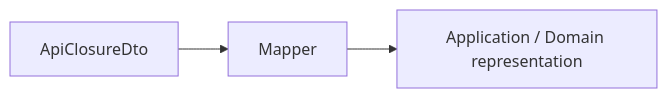
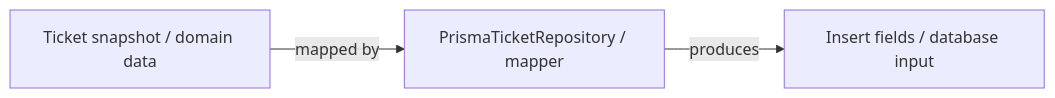
The third of 7 diagrams in onion-architecture/1-the-rings.md (AndresTaoFlorez/software-architecture), drawn with Mermaid before and after one commit. The commit also changed other lines of this file and 21 other files, not shown here.

````diff
--- a/onion-architecture/1-the-rings.md
+++ b/onion-architecture/1-the-rings.md
@@ -208,4 +156,4 @@
 ```mermaid
 flowchart LR
-    DTO["ApiClosureDto"] --> M["Mapper"] --> AD["Application / Domain representation"]
+    DATA["Ticket snapshot / domain data"] -->|"mapped by"| M["PrismaTicketRepository / mapper"] -->|"produces"| ROW["Insert fields / database input"]
 ```
````
